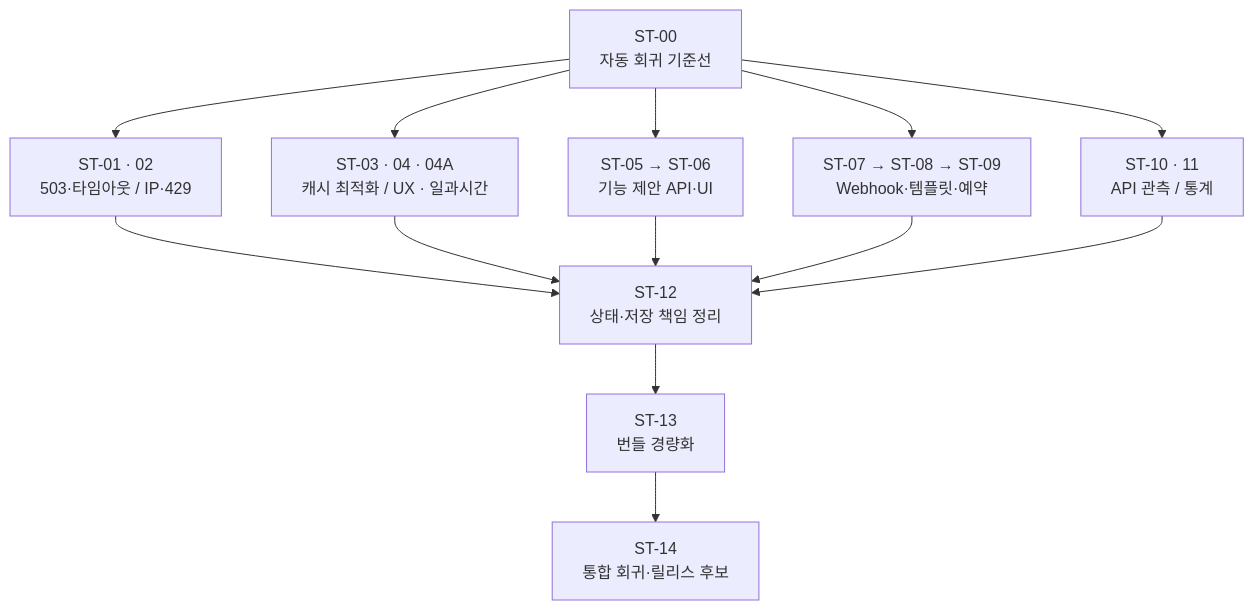
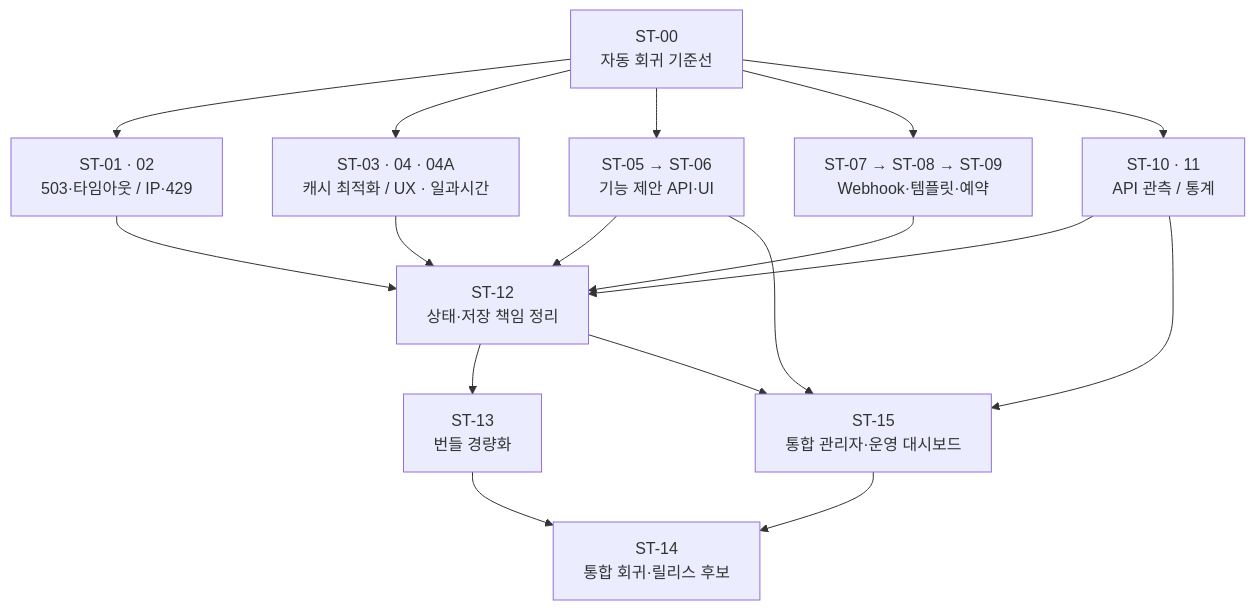
One commit to Transient-Onlooker/opencigan changed the diagram in docs/roadmap/short-term-2026-11-21.md. Above: the diagram before and after it, drawn with Mermaid. The commit also changed other lines of this file and 2 other files, not shown here.

Commit message:
docs(roadmap): add unified admin dashboard to short-term execution queue

````diff
--- a/docs/roadmap/short-term-2026-11-21.md
+++ b/docs/roadmap/short-term-2026-11-21.md
@@ -82,24 +88,29 @@
 ```mermaid
 flowchart TB
     Baseline["ST-00<br/>자동 회귀 기준선"]
     Stable["ST-01 · 02<br/>503·타임아웃 / IP·429"]
     Speed["ST-03 · 04 · 04A<br/>캐시 최적화 / UX · 일과시간"]
     Request["ST-05 → ST-06<br/>기능 제안 API·UI"]
     Notify["ST-07 → ST-08 → ST-09<br/>Webhook·템플릿·예약"]
     API["ST-10 · 11<br/>API 관측 / 통계"]
     State["ST-12<br/>상태·저장 책임 정리"]
     Bundle["ST-13<br/>번들 경량화"]
+    Admin["ST-15<br/>통합 관리자·운영 대시보드"]
     Final["ST-14<br/>통합 회귀·릴리스 후보"]
 
     Baseline --> Stable
     Baseline --> Speed
     Baseline --> Request
     Baseline --> Notify
     Baseline --> API
     Stable --> State
     Speed --> State
     Request --> State
     Notify --> State
     API --> State
     State --> Bundle --> Final
+    Request --> Admin
+    API --> Admin
+    State --> Admin
+    Admin --> Final
 ```
````
